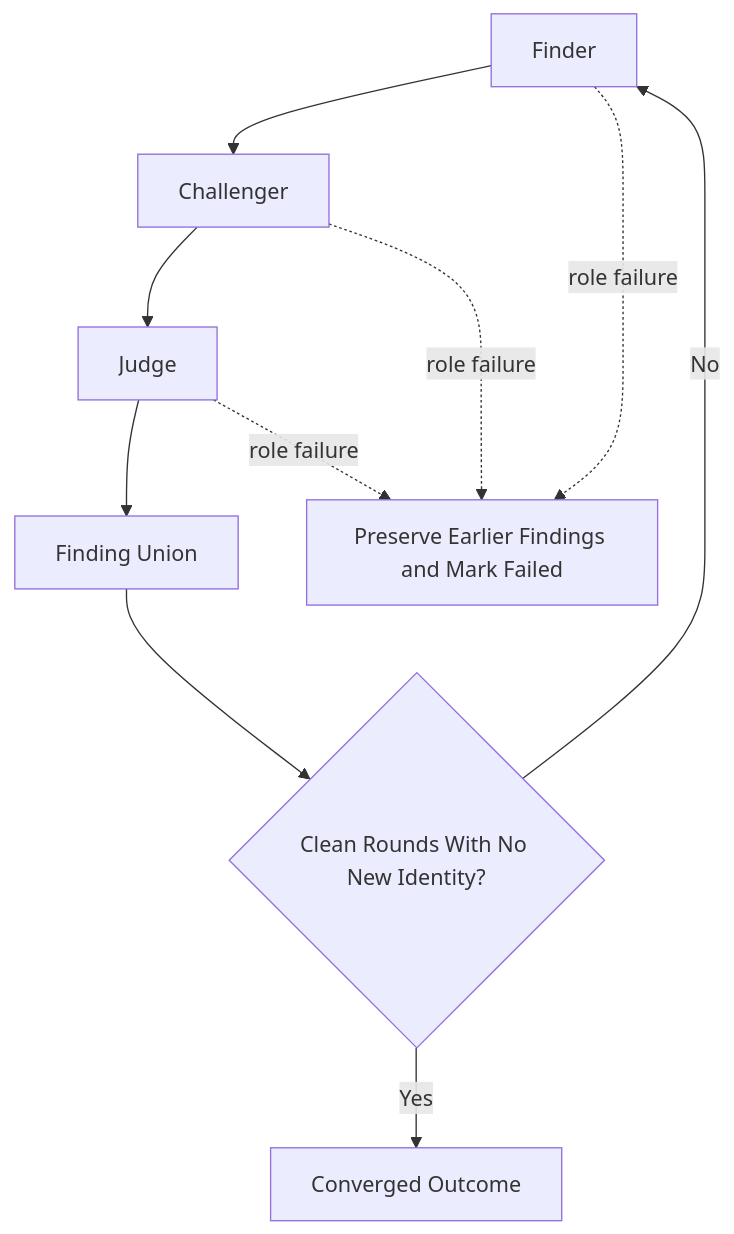
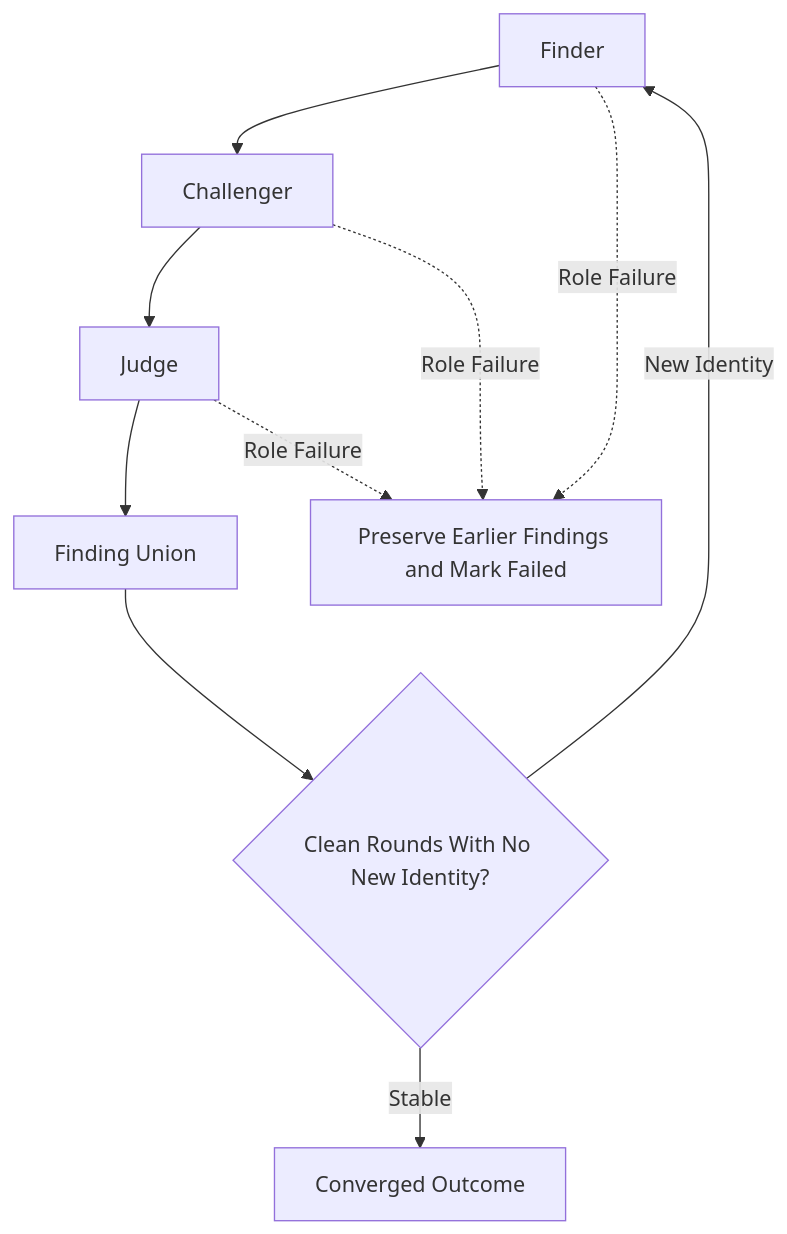
Before and after one commit to eth4nr00t/cyberjury: the third of 3 diagrams in docs/engine-design.md, drawn with Mermaid. The commit also changed other lines of this file and 9 other files, not shown here.

````diff
--- a/docs/engine-design.md
+++ b/docs/engine-design.md
@@ -285,12 +294,12 @@
 ```mermaid
 flowchart TD
     A[Finder] --> B[Challenger]
     B --> C[Judge]
     C --> D[Finding Union]
     D --> E{Clean Rounds With No New Identity?}
-    E -- No --> A
-    E -- Yes --> F[Converged Outcome]
-    A -. role failure .-> G[Preserve Earlier Findings and Mark Failed]
-    B -. role failure .-> G
-    C -. role failure .-> G
+    E -- New Identity --> A
+    E -- Stable --> F[Converged Outcome]
+    A -. Role Failure .-> G[Preserve Earlier Findings and Mark Failed]
+    B -. Role Failure .-> G
+    C -. Role Failure .-> G
 ```
````
